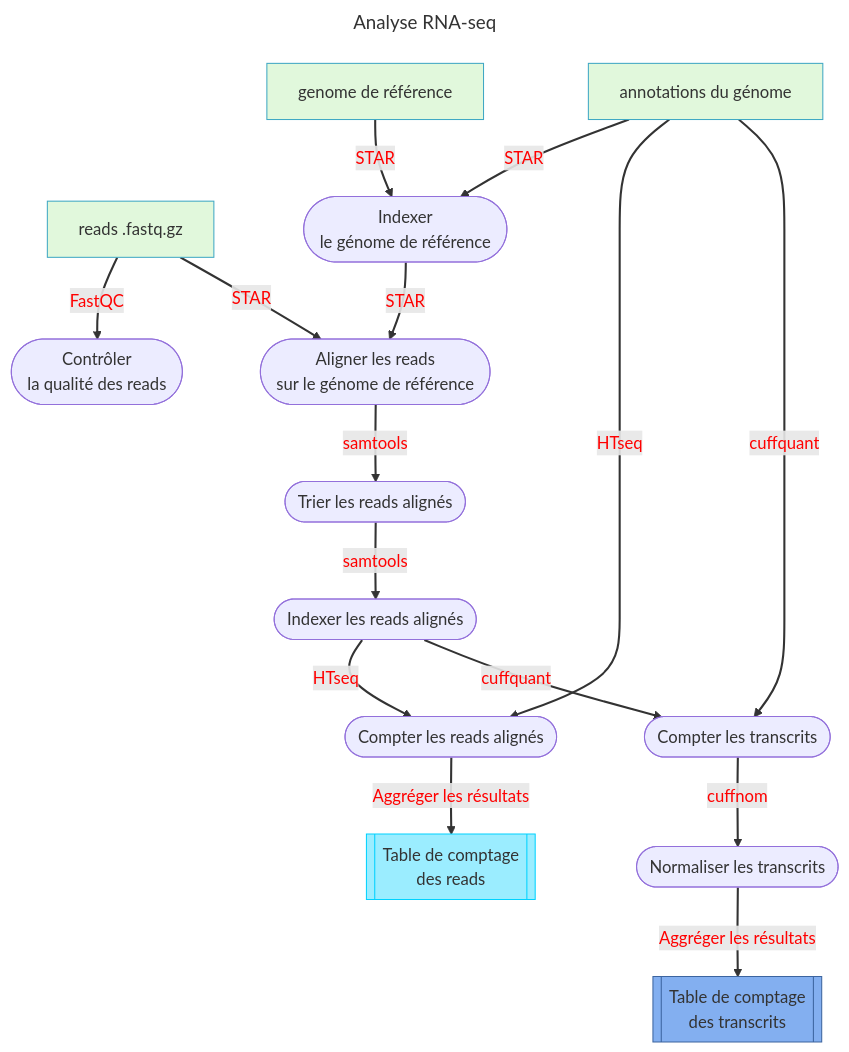
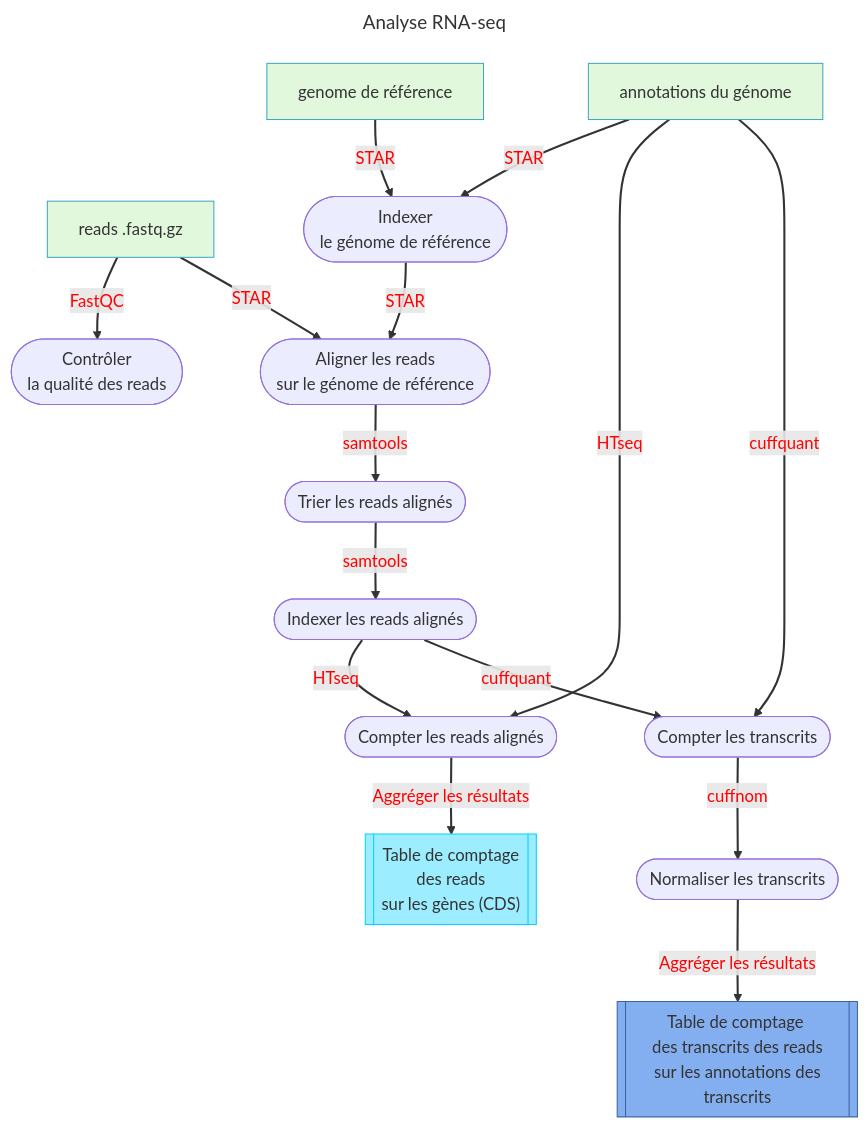
One commit to pierrepo/unix-tutorial changed the diagram in content/tuto2/schema.md. Above: the diagram before and after it, drawn with Mermaid.

`````diff
--- a/content/tuto2/schema.md
+++ b/content/tuto2/schema.md
@@ -3,47 +3,47 @@
 ````{mermaid}
 ---
 title: "Analyse RNA-seq"
 ---
 flowchart TB
 	read["reads .fastq.gz"]
     genome["genome de référence"]
     annotation["annotations du génome"]
 
     quality_control(["Contrôler <br/> la qualité des reads"])
     star_index(["Indexer <br/> le génome de référence"])
     star_map(["Aligner les reads <br/> sur le génome de référence"])
     samtools_sort(["Trier les reads alignés"])
     samtools_index(["Indexer les reads alignés"])
     htseq(["Compter les reads alignés"])
     cuffquant(["Compter les transcrits"])
     cuffnorm(["Normaliser les transcrits"])
 
-    table_reads[["Table de comptage <br/> des reads"]]
-    table_transcrits[["Table de comptage <br/> des transcrits"]]
+    table_reads[["Table de comptage <br/> des reads <br /> sur les gènes (CDS)"]]
+    table_transcrits[["Table de comptage <br/> des transcrits des reads <br/> sur les annotations des transcrits"]]
 
     genome -->|"STAR"| star_index
     annotation -->|"STAR"| star_index
     
     read -->|"FastQC"| quality_control
     
     star_index -->|"STAR"| star_map
     read -->|"STAR"| star_map
 
     star_map -->|"samtools"| samtools_sort
     samtools_sort -->|"samtools"| samtools_index
 
     samtools_index -->|"HTseq"| htseq
     annotation -->|"HTseq"| htseq 
     samtools_index -->|"cuffquant"| cuffquant
     annotation -->|"cuffquant"| cuffquant
     cuffquant -->|"cuffnom"| cuffnorm
     cuffnorm -->|"Aggréger les résultats"| table_transcrits 
     htseq -->|"Aggréger les résultats"| table_reads
     
     linkStyle default stroke-width:2px,fill:none,color:red;
     style read fill:#E1F8DC,stroke:#40A8C4;
     style genome fill:#E1F8DC,stroke:#40A8C4;
     style annotation fill:#E1F8DC,stroke:#40A8C4;
     style table_reads fill:#9bedff,stroke:#00d2ff;
     style table_transcrits fill:#83aff0,stroke:#3c649f;
 ````
`````
